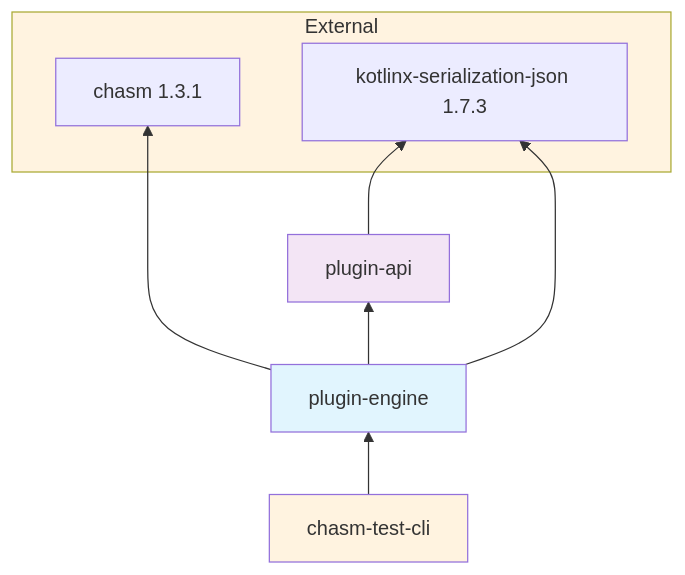
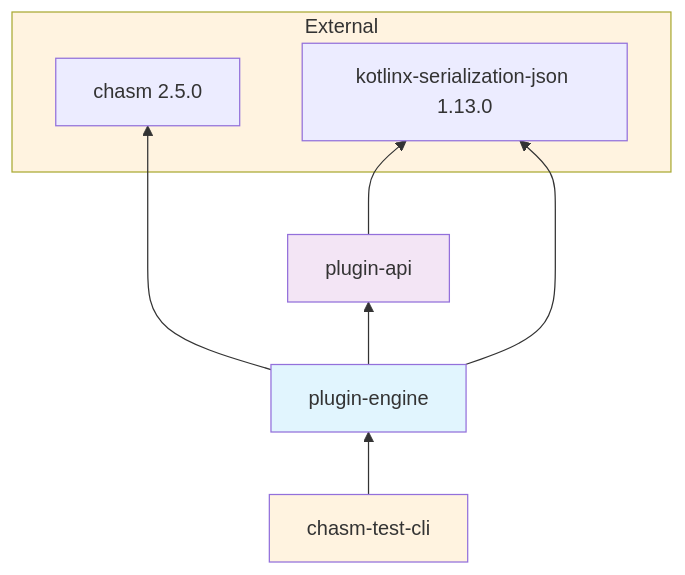
One commit to michalharakal/wasm-plugin-system changed the fifth of 12 diagrams in README.md. Above: the diagram before and after it, drawn with Mermaid. The commit also changed other lines of this file and 14 other files, not shown here.

````diff
--- a/README.md
+++ b/README.md
@@ -275,18 +275,18 @@
 ```mermaid
 graph BT
     subgraph External
-        CHASM["chasm 1.3.1"]
-        KSJ["kotlinx-serialization-json 1.7.3"]
+        CHASM["chasm 2.5.0"]
+        KSJ["kotlinx-serialization-json 1.13.0"]
     end
 
     API["plugin-api"] --> KSJ
     ENGINE["plugin-engine"] --> API
     ENGINE --> CHASM
     ENGINE --> KSJ
     CLI["chasm-test-cli"] --> ENGINE
 
     style External fill:#fff3e0
     style API fill:#f3e5f5
     style ENGINE fill:#e1f5fe
     style CLI fill:#fff3e0
 ```
````
